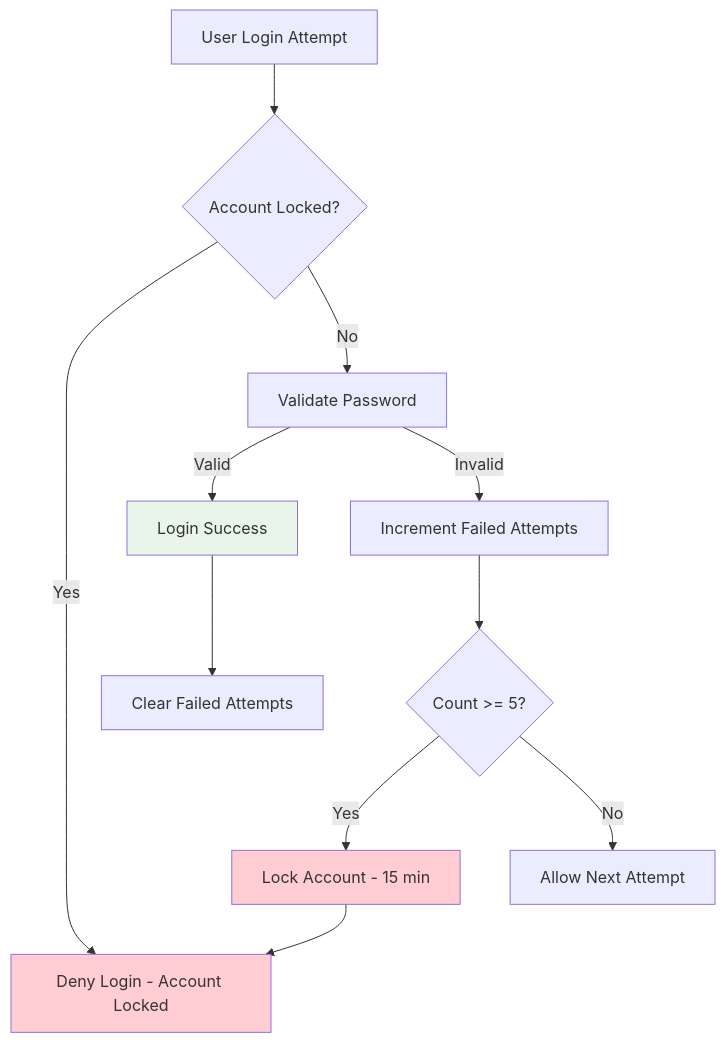
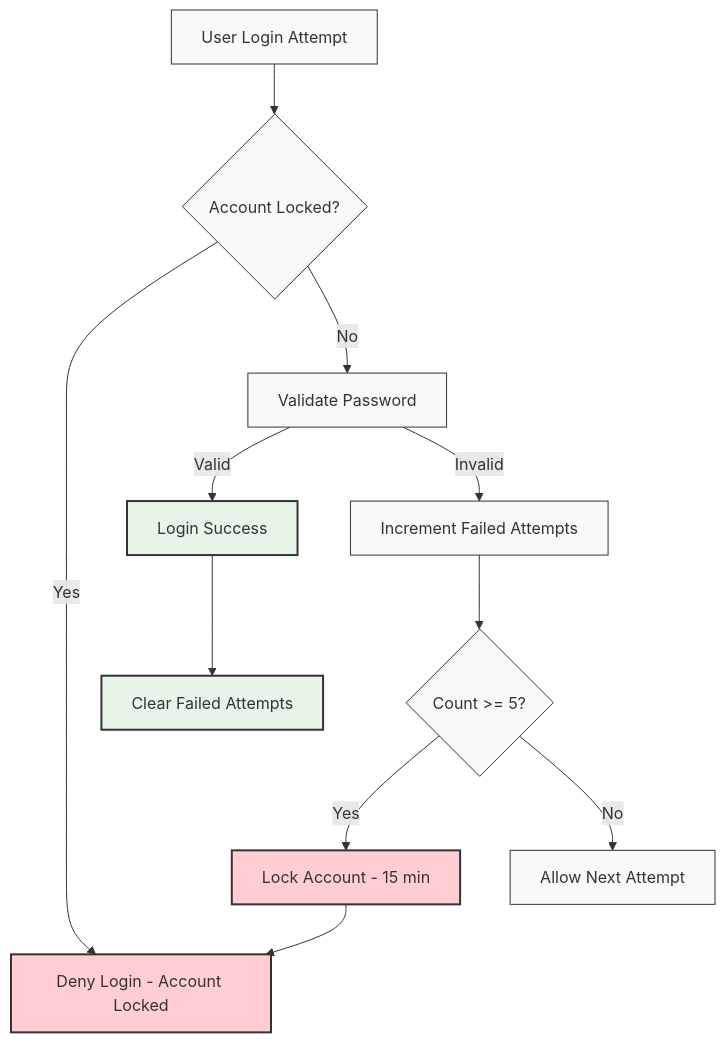
One commit to sudhan-m/munshi changed the fifth of 9 diagrams in src/auth_service/README.md. Above: the diagram before and after it, drawn with Mermaid. The commit also changed other lines of this file and 3 other files, not shown here.

First line of the commit message:
Update documentation with proper Mermaid diagrams and current architecture

````diff
--- a/src/auth_service/README.md
+++ b/src/auth_service/README.md
@@ -263,21 +277,25 @@
 ```mermaid
 flowchart TD
     LOGIN[User Login Attempt] --> CHECK_LOCK{Account Locked?}
     CHECK_LOCK -->|Yes| DENY[Deny Login - Account Locked]
     CHECK_LOCK -->|No| VALIDATE[Validate Password]
     
     VALIDATE -->|Valid| SUCCESS[Login Success]
     VALIDATE -->|Invalid| INCREMENT[Increment Failed Attempts]
     
     SUCCESS --> CLEAR[Clear Failed Attempts]
     
     INCREMENT --> COUNT_CHECK{Count >= 5?}
     COUNT_CHECK -->|Yes| LOCK_ACCOUNT[Lock Account - 15 min]
     COUNT_CHECK -->|No| ALLOW_RETRY[Allow Next Attempt]
     
     LOCK_ACCOUNT --> DENY
     
-    style SUCCESS fill:#e8f5e8
-    style DENY fill:#ffcdd2
-    style LOCK_ACCOUNT fill:#ffcdd2
+    classDef success fill:#e8f5e8,stroke:#333,stroke-width:2px
+    classDef deny fill:#ffcdd2,stroke:#333,stroke-width:2px
+    classDef normal fill:#f9f9f9,stroke:#333,stroke-width:1px
+    
+    class SUCCESS,CLEAR success
+    class DENY,LOCK_ACCOUNT deny
+    class LOGIN,CHECK_LOCK,VALIDATE,INCREMENT,COUNT_CHECK,ALLOW_RETRY normal
 ```
````
